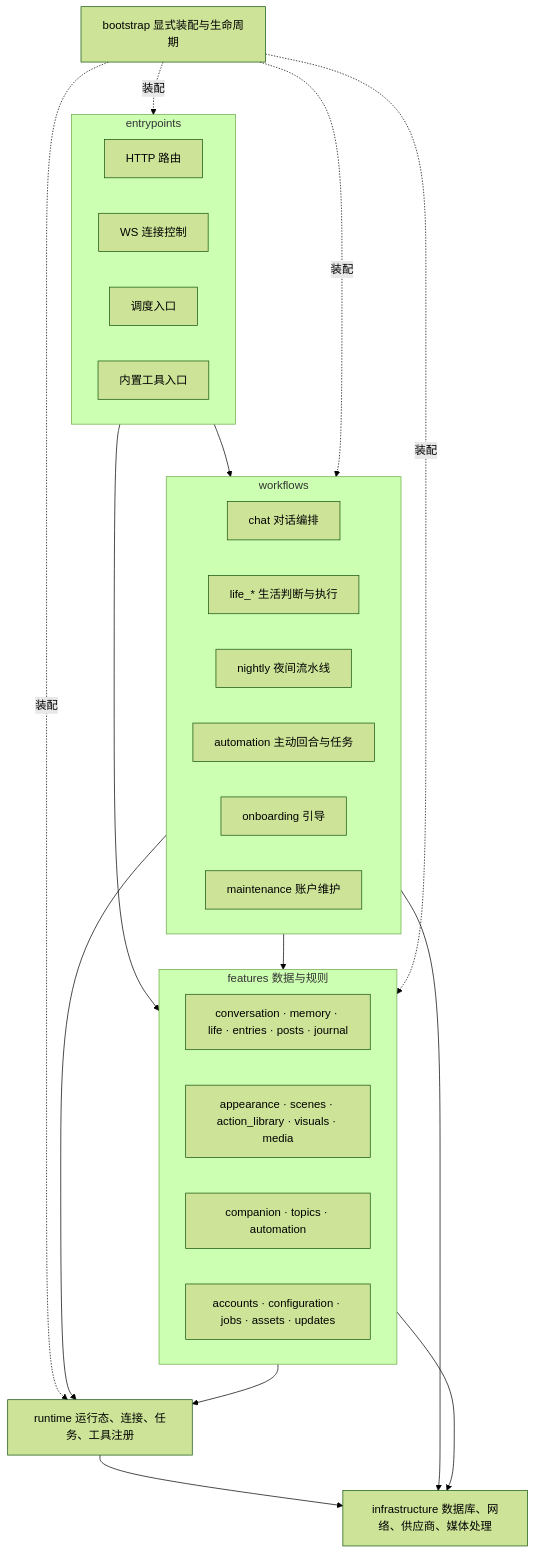
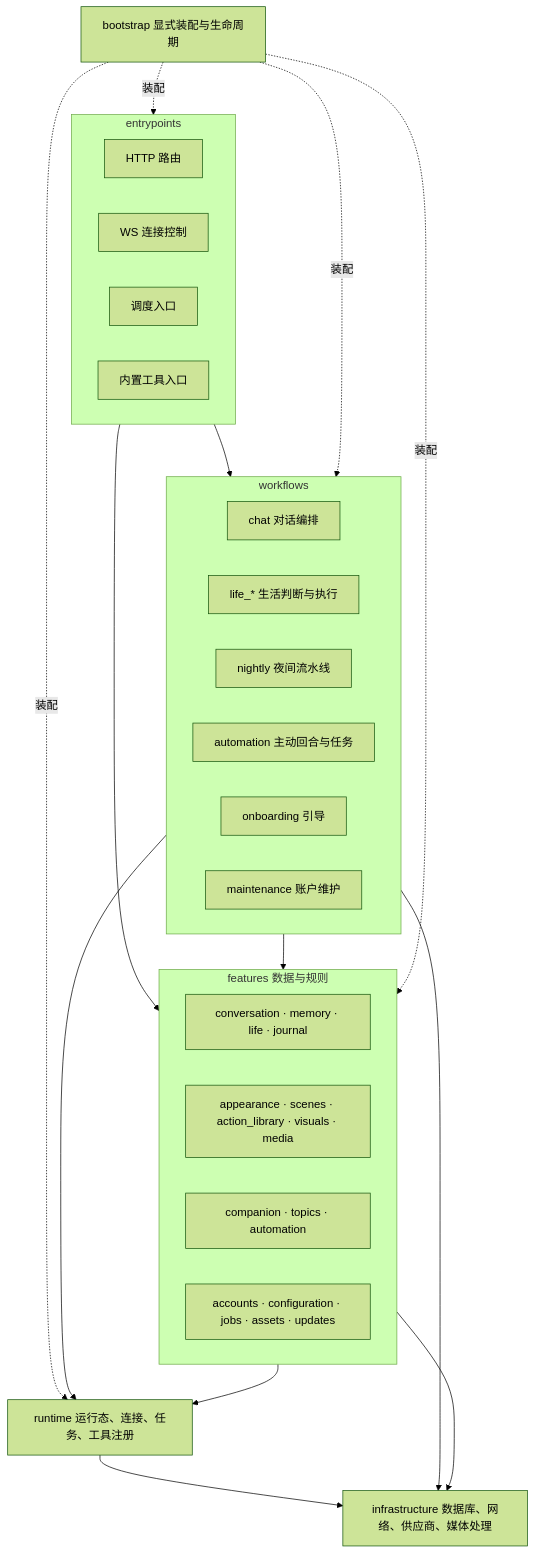
One commit to yangjinming1062/SpiritAgent changed the second of 7 diagrams in docs/ARCHITECTURE_MAP.md. Above: the diagram before and after it, drawn with Mermaid (forest theme). The commit also changed 110 other files, not shown here.

````diff
--- a/docs/ARCHITECTURE_MAP.md
+++ b/docs/ARCHITECTURE_MAP.md
@@ -26,38 +26,38 @@
 ```mermaid
 flowchart TD
     subgraph Entry[entrypoints]
         HTTP[HTTP 路由]
         WSH[WS 连接控制]
         Sched[调度入口]
         ToolE[内置工具入口]
     end
     subgraph WF[workflows]
         Chat[chat 对话编排]
         LifeW[life_* 生活判断与执行]
         Nightly[nightly 夜间流水线]
         Auto[automation 主动回合与任务]
         Onboard[onboarding 引导]
         Maint[maintenance 账户维护]
     end
     subgraph FE[features 数据与规则]
-        F1["conversation · memory · life · entries · posts · journal"]
+        F1["conversation · memory · life · journal"]
         F2["appearance · scenes · action_library · visuals · media"]
         F3["companion · topics · automation"]
         F4["accounts · configuration · jobs · assets · updates"]
     end
     RT[runtime 运行态、连接、任务、工具注册]
     INF[infrastructure 数据库、网络、供应商、媒体处理]
     BOOT[bootstrap 显式装配与生命周期]
     Entry --> WF
     Entry --> FE
     WF --> FE
     WF --> RT
     WF --> INF
     FE --> RT
     FE --> INF
     RT --> INF
     BOOT -.装配.-> Entry
     BOOT -.装配.-> WF
     BOOT -.装配.-> FE
     BOOT -.装配.-> RT
 ```
````
